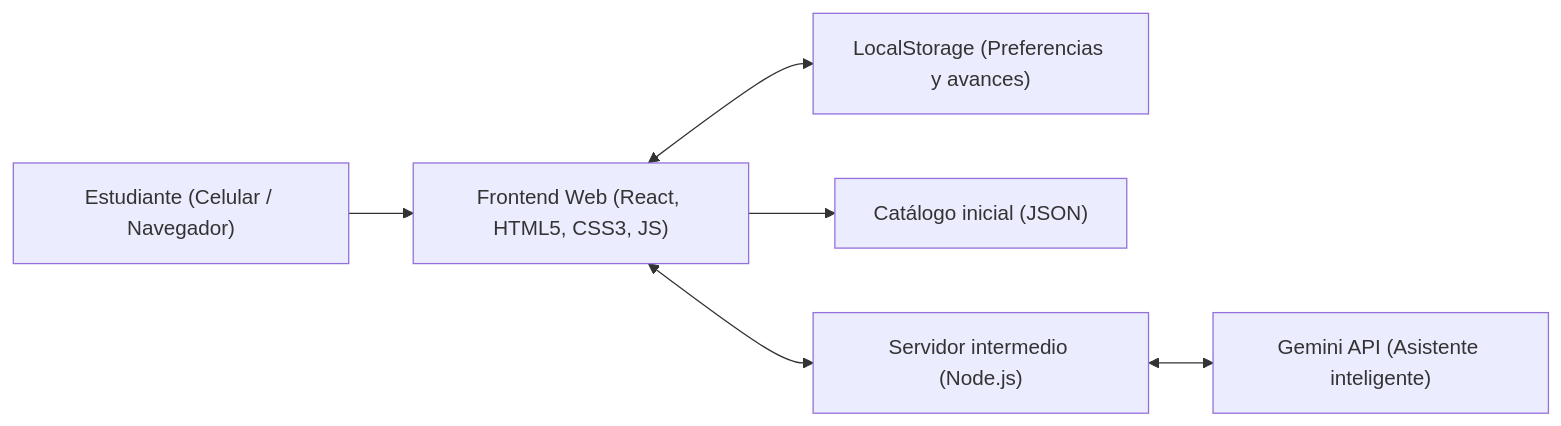
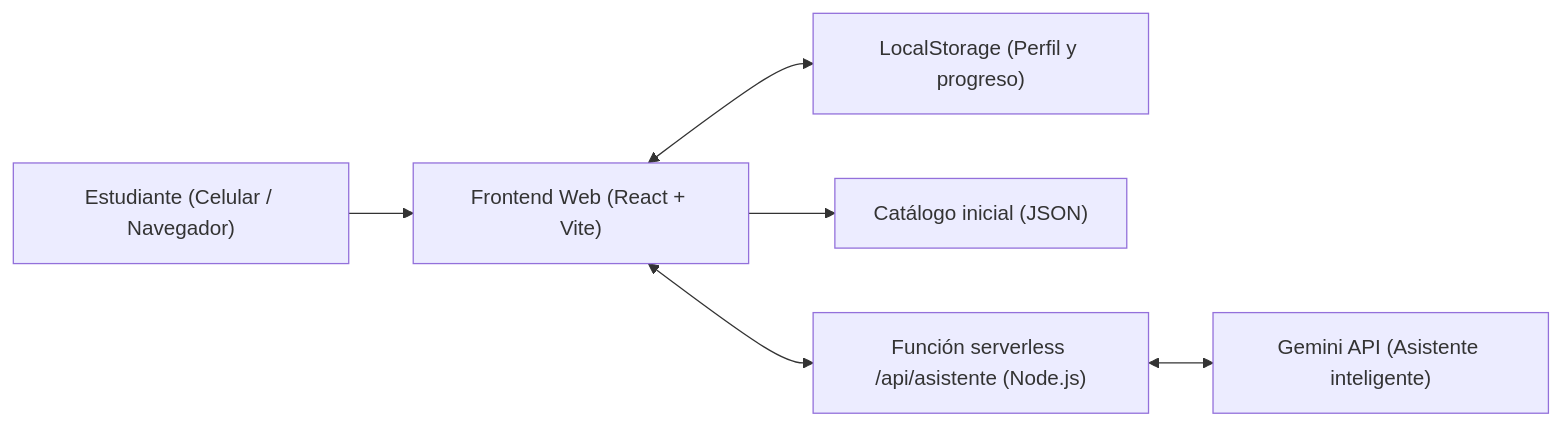
The second of 2 diagrams in README.md (Dsquip/Becalink), drawn with Mermaid before and after one commit. The commit also changed other lines of this file, not shown here.

````diff
--- a/README.md
+++ b/README.md
@@ -107,8 +115,8 @@
 ```mermaid
 flowchart LR
-    U["Estudiante (Celular / Navegador)"] --> FE["Frontend Web (React, HTML5, CSS3, JS)"]
-    FE <--> LS["LocalStorage (Preferencias y avances)"]
+    U["Estudiante (Celular / Navegador)"] --> FE["Frontend Web (React + Vite)"]
+    FE <--> LS["LocalStorage (Perfil y progreso)"]
     FE --> JSON["Catálogo inicial (JSON)"]
-    FE <--> BE["Servidor intermedio (Node.js)"]
+    FE <--> BE["Función serverless /api/asistente (Node.js)"]
     BE <--> AI["Gemini API (Asistente inteligente)"]
 ```
````
